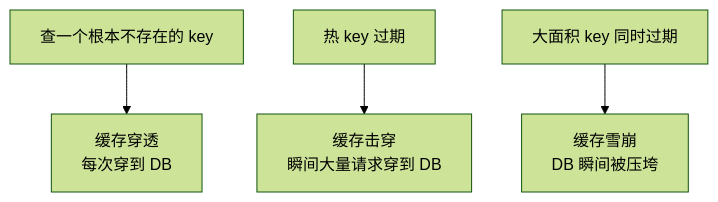
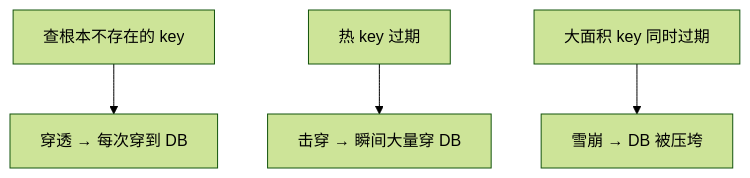
Before and after one commit to ml-cuizijun/LearnToLilith: the sixth of 8 diagrams in 06-云平台/03-云上存储与数据库/知识点.md, drawn with Mermaid (forest theme). The commit also changed other lines of this file and 178 other files, not shown here.

````diff
--- a/06-云平台/03-云上存储与数据库/知识点.md
+++ b/06-云平台/03-云上存储与数据库/知识点.md
@@ -285,6 +261,6 @@
 ```mermaid
 flowchart TB
-    MISS["查一个根本不存在的 key"] --> PEN["缓存穿透<br/>每次穿到 DB"]
-    EXP["热 key 过期"] --> BRK["缓存击穿<br/>瞬间大量请求穿到 DB"]
-    BATCH["大面积 key 同时过期"] --> AVA["缓存雪崩<br/>DB 瞬间被压垮"]
+    MISS["查根本不存在的 key"] --> PEN["穿透 → 每次穿到 DB"]
+    EXP["热 key 过期"] --> BRK["击穿 → 瞬间大量穿 DB"]
+    BATCH["大面积 key 同时过期"] --> AVA["雪崩 → DB 被压垮"]
 ```
````
